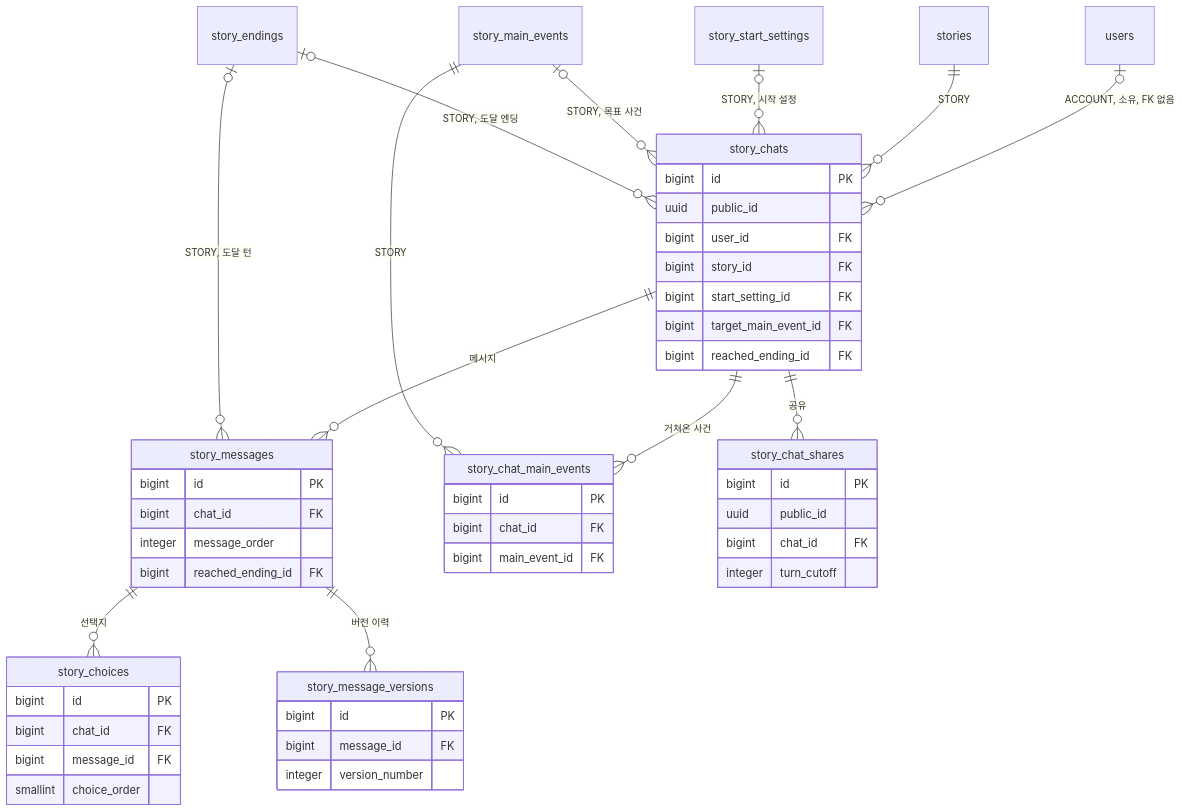
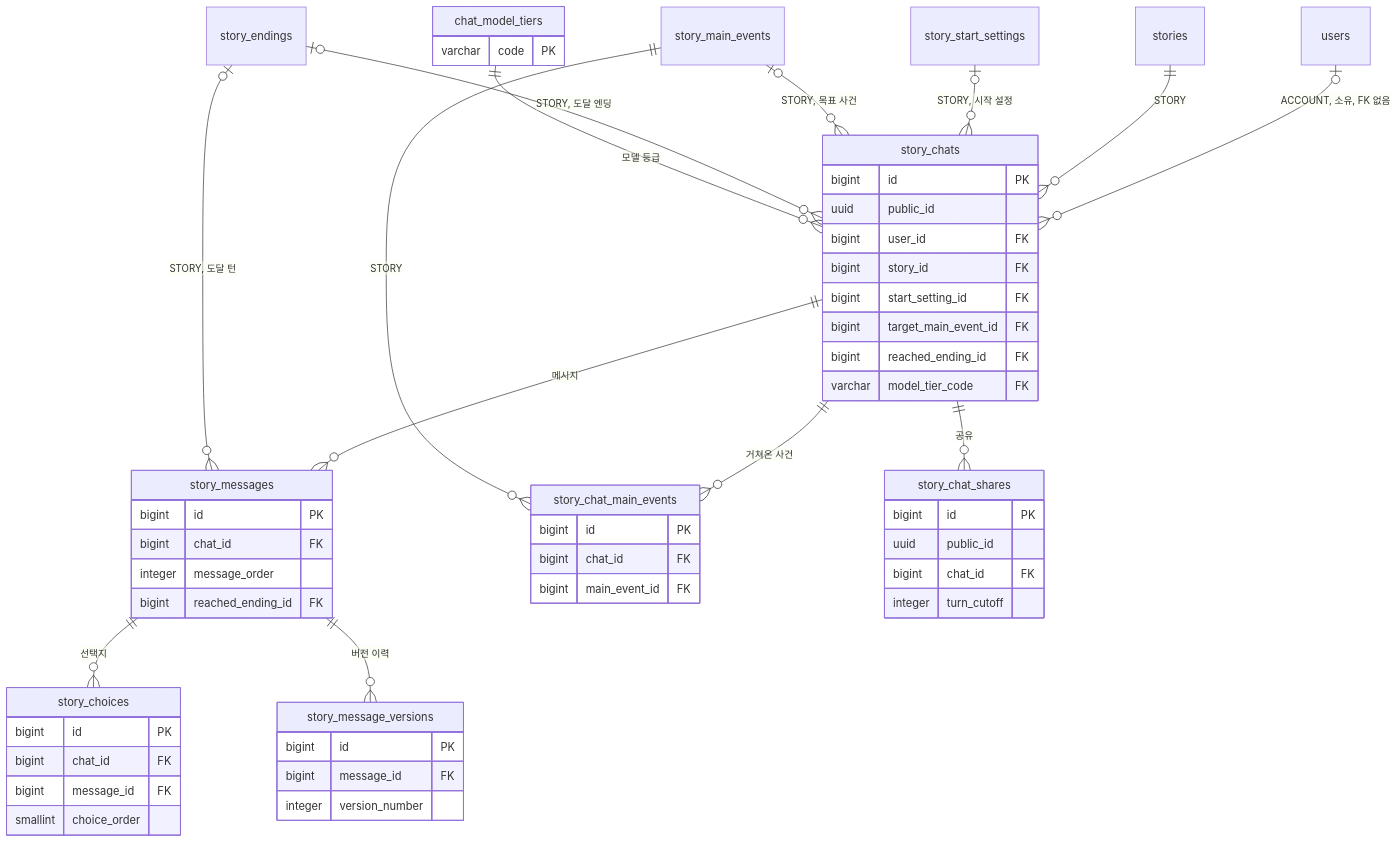
Before and after one commit to KIM-N-KANG/knk-harness: the first of 2 diagrams in docs/domain/CHAT/BACKEND/3-2-DB-SCHEMA.md, drawn with Mermaid. The commit also changed other lines of this file and 25 other files, not shown here.

````diff
--- a/docs/domain/CHAT/BACKEND/3-2-DB-SCHEMA.md
+++ b/docs/domain/CHAT/BACKEND/3-2-DB-SCHEMA.md
@@ -31,52 +31,57 @@
 ```mermaid
 erDiagram
     users |o--o{ story_chats : "ACCOUNT, 소유, FK 없음"
     stories ||--o{ story_chats : "STORY"
     story_start_settings |o--o{ story_chats : "STORY, 시작 설정"
     story_chats ||--o{ story_messages : "메시지"
     story_messages ||--o{ story_choices : "선택지"
     story_messages ||--o{ story_message_versions : "버전 이력"
     story_chats ||--o{ story_chat_main_events : "거쳐온 사건"
     story_main_events ||--o{ story_chat_main_events : "STORY"
     story_main_events |o--o{ story_chats : "STORY, 목표 사건"
     story_endings |o--o{ story_chats : "STORY, 도달 엔딩"
     story_endings |o--o{ story_messages : "STORY, 도달 턴"
     story_chats ||--o{ story_chat_shares : "공유"
+    chat_model_tiers ||--o{ story_chats : "모델 등급"
     story_chats {
         bigint id PK
         uuid public_id
         bigint user_id FK
         bigint story_id FK
         bigint start_setting_id FK
         bigint target_main_event_id FK
         bigint reached_ending_id FK
+        varchar model_tier_code FK
+    }
+    chat_model_tiers {
+        varchar code PK
     }
     story_messages {
         bigint id PK
         bigint chat_id FK
         integer message_order
         bigint reached_ending_id FK
     }
     story_choices {
         bigint id PK
         bigint chat_id FK
         bigint message_id FK
         smallint choice_order
     }
     story_message_versions {
         bigint id PK
         bigint message_id FK
         integer version_number
     }
     story_chat_main_events {
         bigint id PK
         bigint chat_id FK
         bigint main_event_id FK
     }
     story_chat_shares {
         bigint id PK
         uuid public_id
         bigint chat_id FK
         integer turn_cutoff
     }
 ```
````
